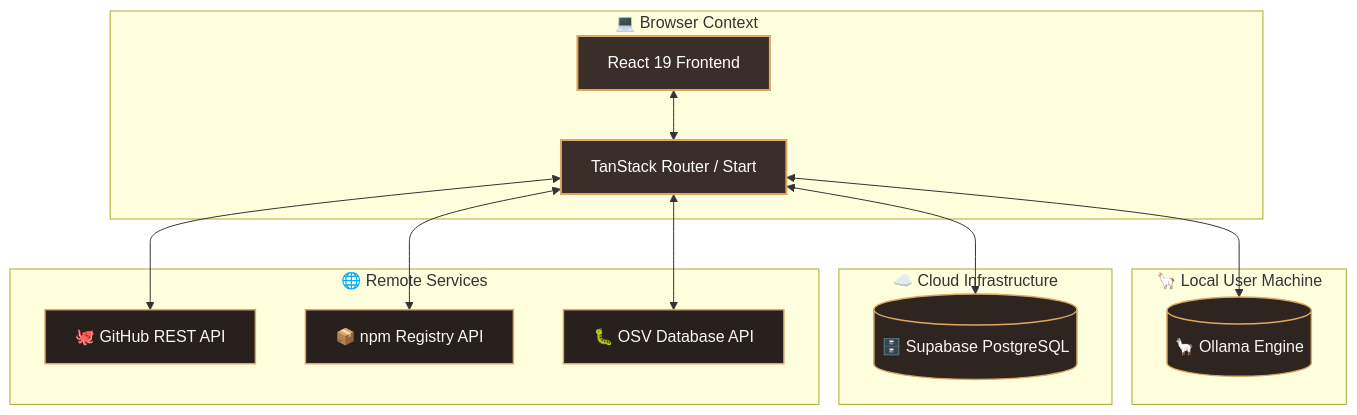
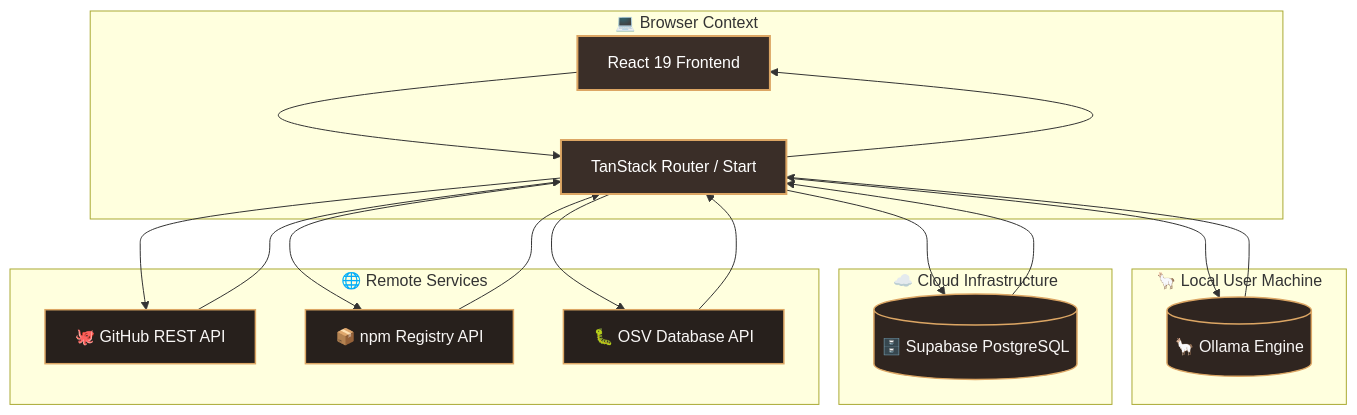
The diagram in README.md (ritvikindupuri/Ward---MCP-Auditior), drawn with Mermaid before and after one commit. The commit also changed 1 other file, not shown here.

Commit message:
docs: finalize connection arrow syntax in markdown flowcharts to guarantee rendering compatibility

````diff
--- a/README.md
+++ b/README.md
@@ -40,34 +40,40 @@
 ```mermaid
 flowchart TD
     %% Define style variables matching cozy dark tan / gold theme
     classDef default fill:#27201c,stroke:#dca664,stroke-width:1.5px,color:#f8f6f5;
     classDef browser fill:#3a2e28,stroke:#dca664,stroke-width:2px,color:#fff;
     classDef engine fill:#1f1916,stroke:#e85d04,stroke-width:2px,color:#fffaeb;
     classDef db fill:#2f2520,stroke:#dca664,stroke-width:1.5px,color:#f8f6f5;
 
     subgraph BROWSER ["💻 Browser Context"]
         Client["React 19 Frontend"]:::browser
         Router["TanStack Router / Start"]:::browser
-        Client <--> Router
+        Client --> Router
+        Router --> Client
     end
     
     subgraph USER_MACHINE ["🦙 Local User Machine"]
         Ollama[("🦙 Ollama Engine")]:::db
     end
     
     subgraph CLOUD ["☁️ Cloud Infrastructure"]
         DB[("🗄️ Supabase PostgreSQL")]:::db
     end
     
     subgraph SERVICES ["🌐 Remote Services"]
         GitHub["🐙 GitHub REST API"]:::default
         NPM["📦 npm Registry API"]:::default
         OSV["🐛 OSV Database API"]:::default
     end
     
-    Router <--> DB
-    Router <--> GitHub
-    Router <--> Ollama
-    Router <--> NPM
-    Router <--> OSV
+    Router --> DB
+    DB --> Router
+    Router --> GitHub
+    GitHub --> Router
+    Router --> Ollama
+    Ollama --> Router
+    Router --> NPM
+    NPM --> Router
+    Router --> OSV
+    OSV --> Router
 ```
````
